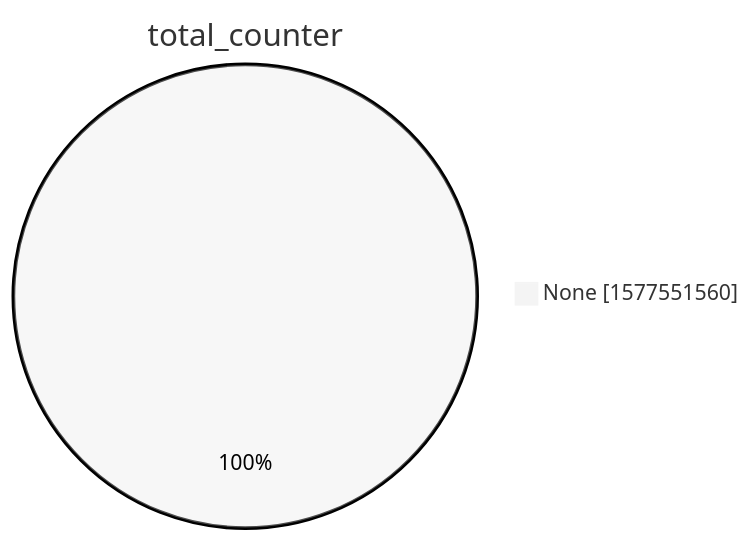
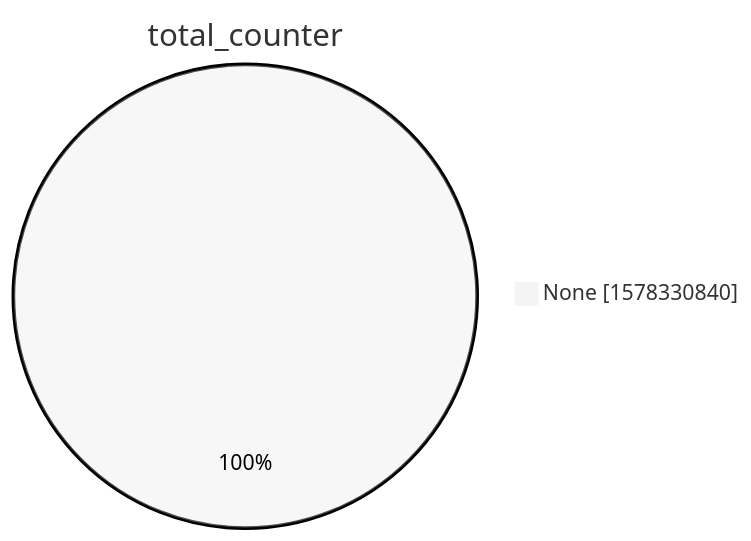
One commit to christiankrug/ctmonitor_visualization changed the second of 15 diagrams in xenon2022/README.md. Above: the diagram before and after it, drawn with Mermaid (neutral theme). The commit also changed other lines of this file, not shown here.

````diff
--- a/xenon2022/README.md
+++ b/xenon2022/README.md
@@ -9,5 +9,5 @@
 ```mermaid
 pie showData
 title total_counter
-"None" :1577551560
+"None" :1578330840
 ```
````
